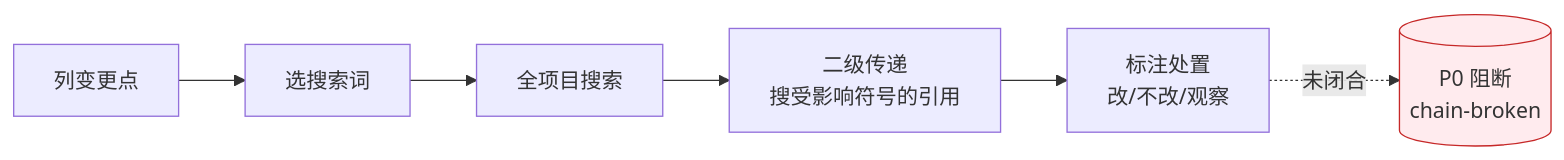
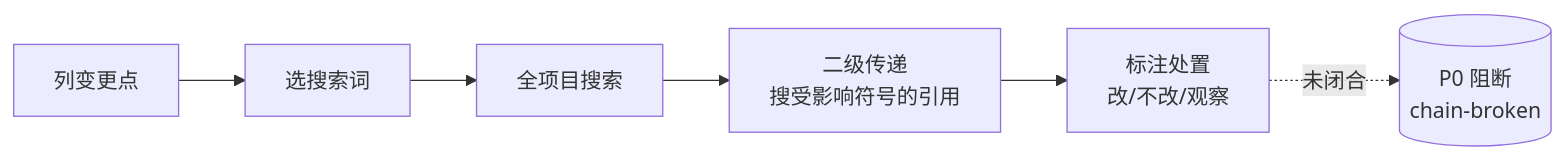
The fourth of 7 diagrams in agents/AGENT.md (effiy/YrY), drawn with Mermaid before and after one commit. The commit also changed other lines of this file and 9 other files, not shown here.

````diff
--- a/agents/AGENT.md
+++ b/agents/AGENT.md
@@ -118,10 +112,9 @@
 ```mermaid
 flowchart LR
     A["列变更点"] --> B["选搜索词"]
     B --> C["全项目搜索"]
     C --> D["二级传递<br/>搜受影响符号的引用"]
     D --> E["标注处置<br/>改/不改/观察"]
     E -.未闭合.-> F[("P0 阻断<br/>chain-broken")]:::block
 
-    classDef block fill:#ffebee,stroke:#c62828;
 ```
````
